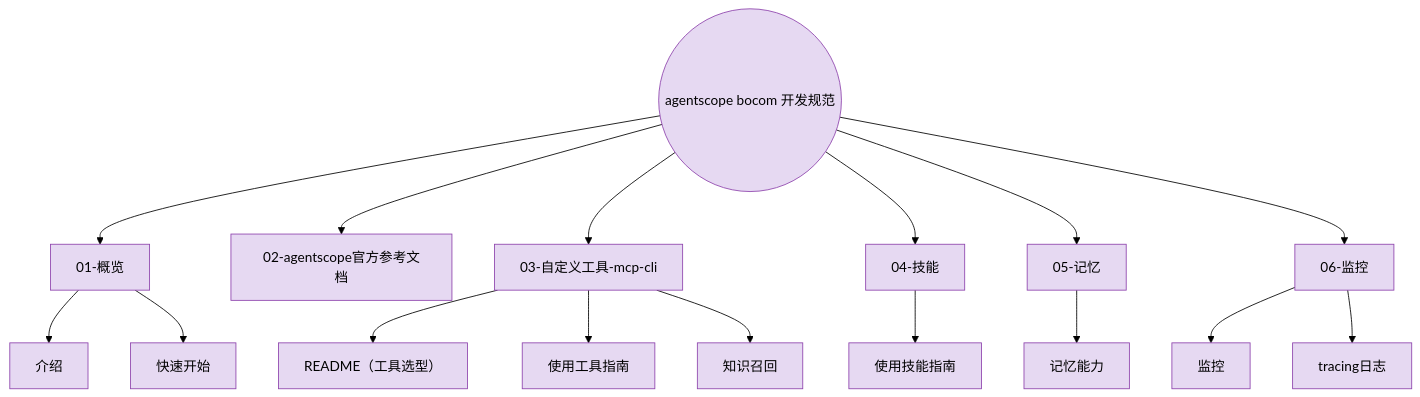
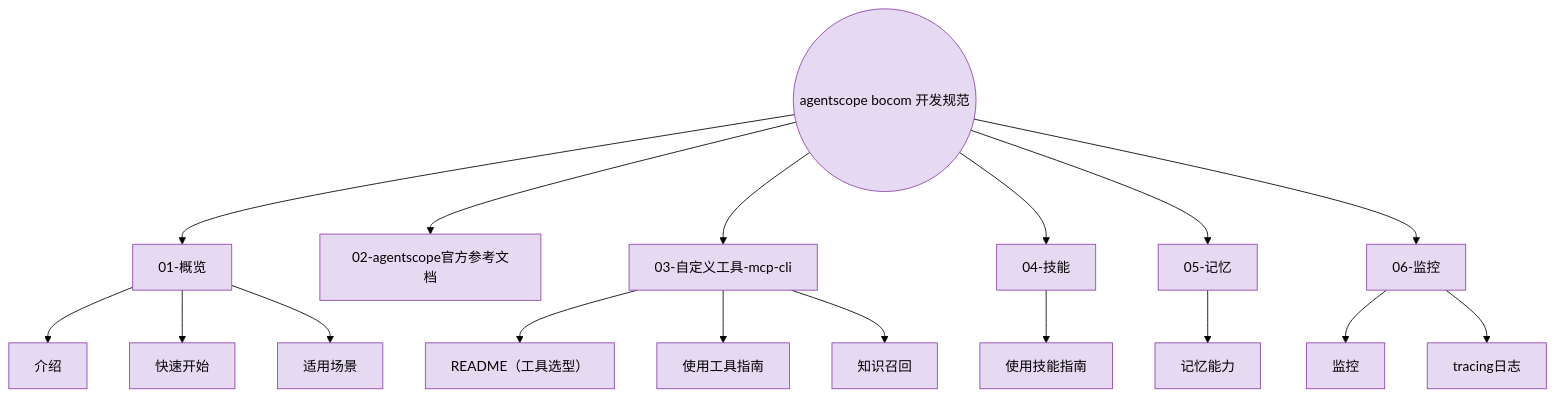
One commit to zhangler1/agentscope changed the diagram in docs/开发规范文档/README.md. Above: the diagram before and after it, drawn with Mermaid (forest theme). The commit also changed other lines of this file and 2 other files, not shown here.

Commit message:
开发规范

````diff
--- a/docs/开发规范文档/README.md
+++ b/docs/开发规范文档/README.md
@@ -7,24 +7,25 @@
 ```mermaid
 flowchart TD
     ROOT(("agentscope bocom 开发规范"))
 
     ROOT --> A1["01-概览"]
     ROOT --> A2["02-agentscope官方参考文档"]
     ROOT --> A3["03-自定义工具-mcp-cli"]
     ROOT --> A4["04-技能"]
     ROOT --> A5["05-记忆"]
     ROOT --> A6["06-监控"]
 
     A1 --> A1a["介绍"]
     A1 --> A1b["快速开始"]
+    A1 --> A1c["适用场景"]
     A3 --> A3a["README（工具选型）"]
     A3 --> A3b["使用工具指南"]
     A3 --> A3c["知识召回"]
     A4 --> A4a["使用技能指南"]
     A5 --> A5a["记忆能力"]
     A6 --> A6a["监控"]
     A6 --> A6b["tracing日志"]
 
     classDef dev fill:#e6d9f2,stroke:#8e44ad,color:#000
-    class ROOT,A1,A1a,A1b,A2,A3,A3a,A3b,A3c,A4,A4a,A5,A5a,A6,A6a,A6b dev
+    class ROOT,A1,A1a,A1b,A1c,A2,A3,A3a,A3b,A3c,A4,A4a,A5,A5a,A6,A6a,A6b dev
 ```
````
